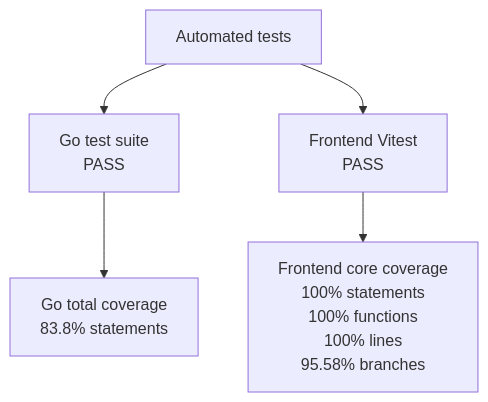
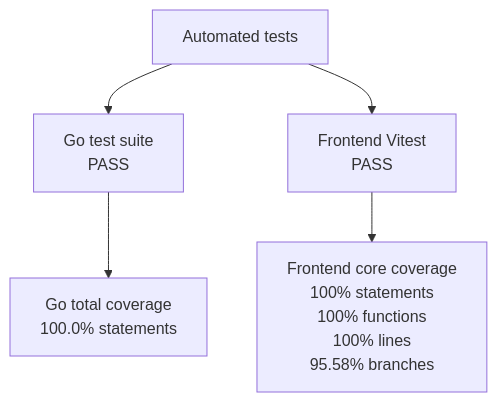
Diagram 14 of 16 in ARCHITECTURE.md (ersinkoc/Mizan), drawn with Mermaid before and after one commit. The commit also changed other lines of this file and 1 other file, not shown here.

Commit message:
Update documentation to reflect 100% backend coverage, add targets/clusters/diff to architecture diagrams, expand README with current feature set

````diff
--- a/ARCHITECTURE.md
+++ b/ARCHITECTURE.md
@@ -392,13 +399,13 @@
 ```mermaid
 flowchart TB
   Tests["Automated tests"]
   Go["Go test suite\nPASS"]
   FE["Frontend Vitest\nPASS"]
   FECoverage["Frontend core coverage\n100% statements\n100% functions\n100% lines\n95.58% branches"]
-  GoCoverage["Go total coverage\n83.8% statements"]
+  GoCoverage["Go total coverage\n100.0% statements"]
 
   Tests --> Go
   Tests --> FE
   FE --> FECoverage
   Go --> GoCoverage
 ```
````
